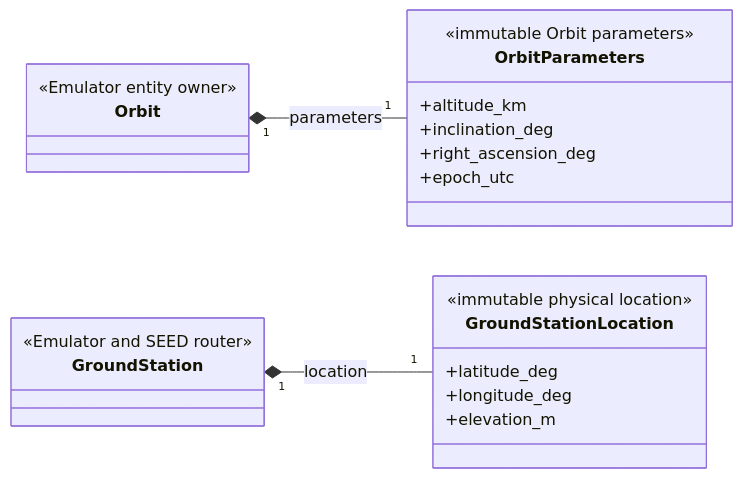
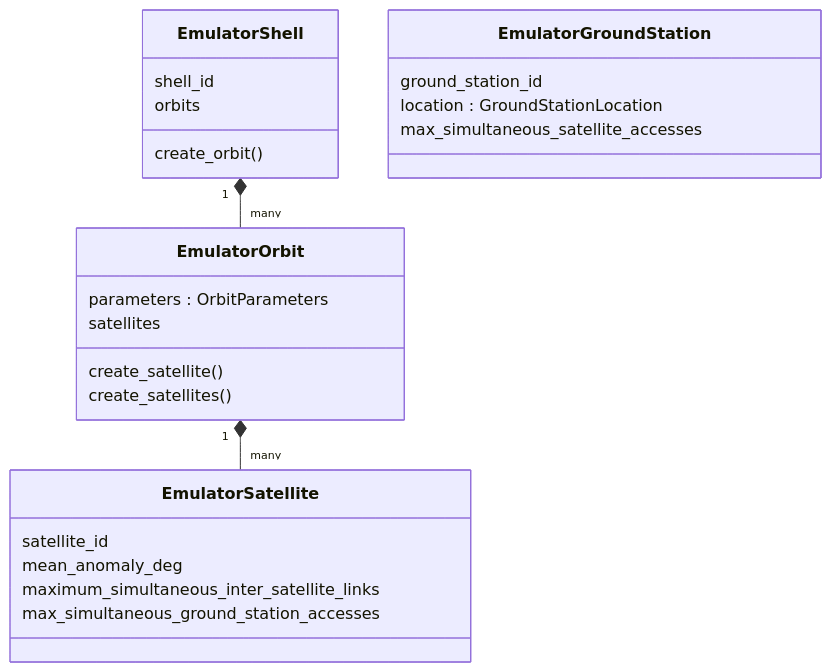
Before and after one commit to seed-labs/skyseed: the diagram in skyseed_v2/src/skyseed_v2/emulator/entities/README.md, drawn with Mermaid. The commit also changed other lines of this file and 1324 other files, not shown here.

````diff
--- a/skyseed_v2/src/skyseed_v2/emulator/entities/README.md
+++ b/skyseed_v2/src/skyseed_v2/emulator/entities/README.md
@@ -94,25 +9,27 @@
 ```mermaid
 classDiagram
-    direction LR
-    class Orbit {
-        <<Emulator entity owner>>
+    class EmulatorShell {
+        shell_id
+        orbits
+        create_orbit()
     }
-    class OrbitParameters {
-        <<immutable Orbit parameters>>
-        +altitude_km
-        +inclination_deg
-        +right_ascension_deg
-        +epoch_utc
+    class EmulatorOrbit {
+        parameters : OrbitParameters
+        satellites
+        create_satellite()
+        create_satellites()
     }
-    class GroundStation {
-        <<Emulator and SEED router>>
+    class EmulatorSatellite {
+        satellite_id
+        mean_anomaly_deg
+        maximum_simultaneous_inter_satellite_links
+        max_simultaneous_ground_station_accesses
     }
-    class GroundStationLocation {
-        <<immutable physical location>>
-        +latitude_deg
-        +longitude_deg
-        +elevation_m
+    class EmulatorGroundStation {
+        ground_station_id
+        location : GroundStationLocation
+        max_simultaneous_satellite_accesses
     }
-    Orbit "1" *-- "1" OrbitParameters : parameters
-    GroundStation "1" *-- "1" GroundStationLocation : location
+    EmulatorShell "1" *-- "many" EmulatorOrbit
+    EmulatorOrbit "1" *-- "many" EmulatorSatellite
 ```
````
